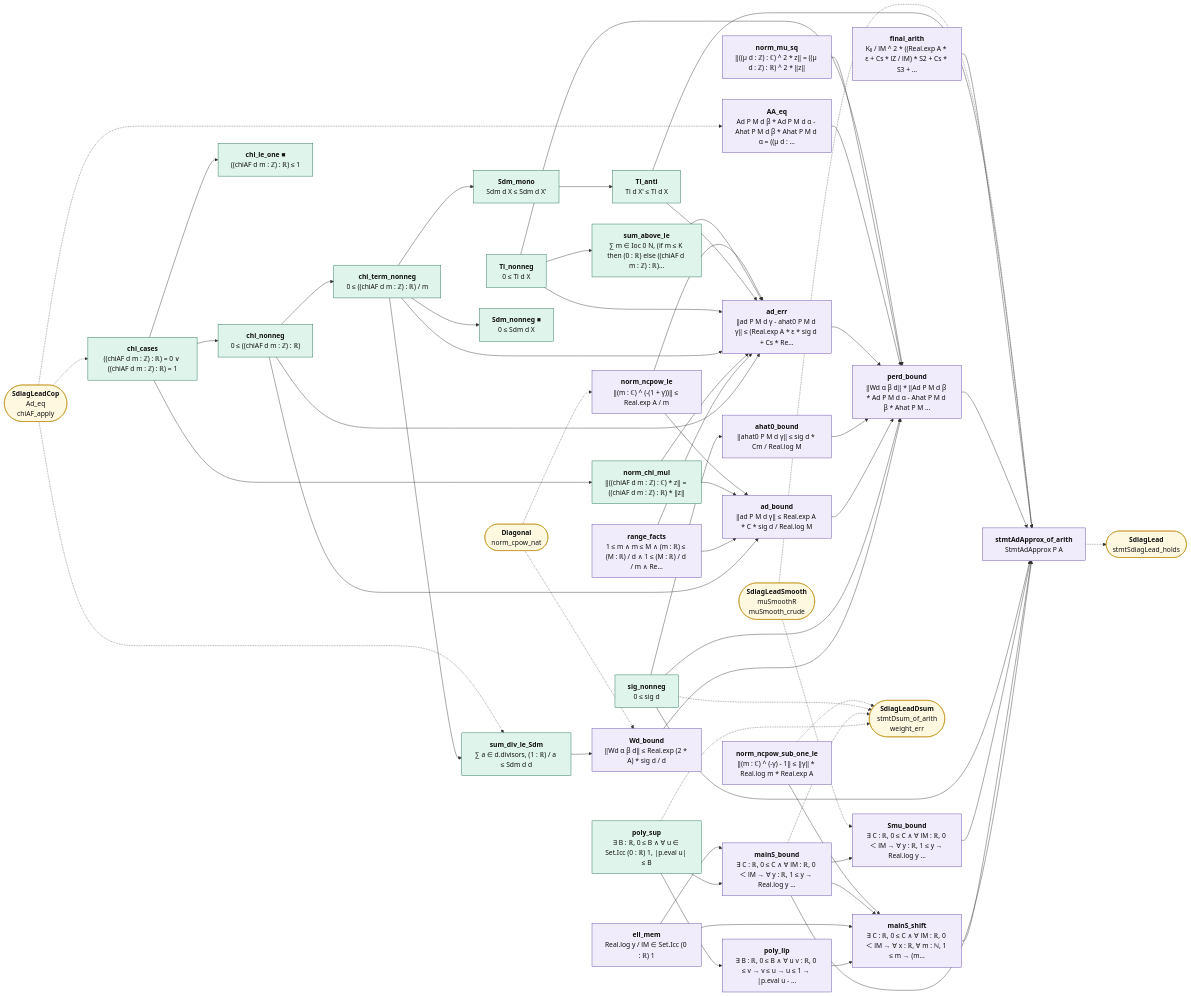
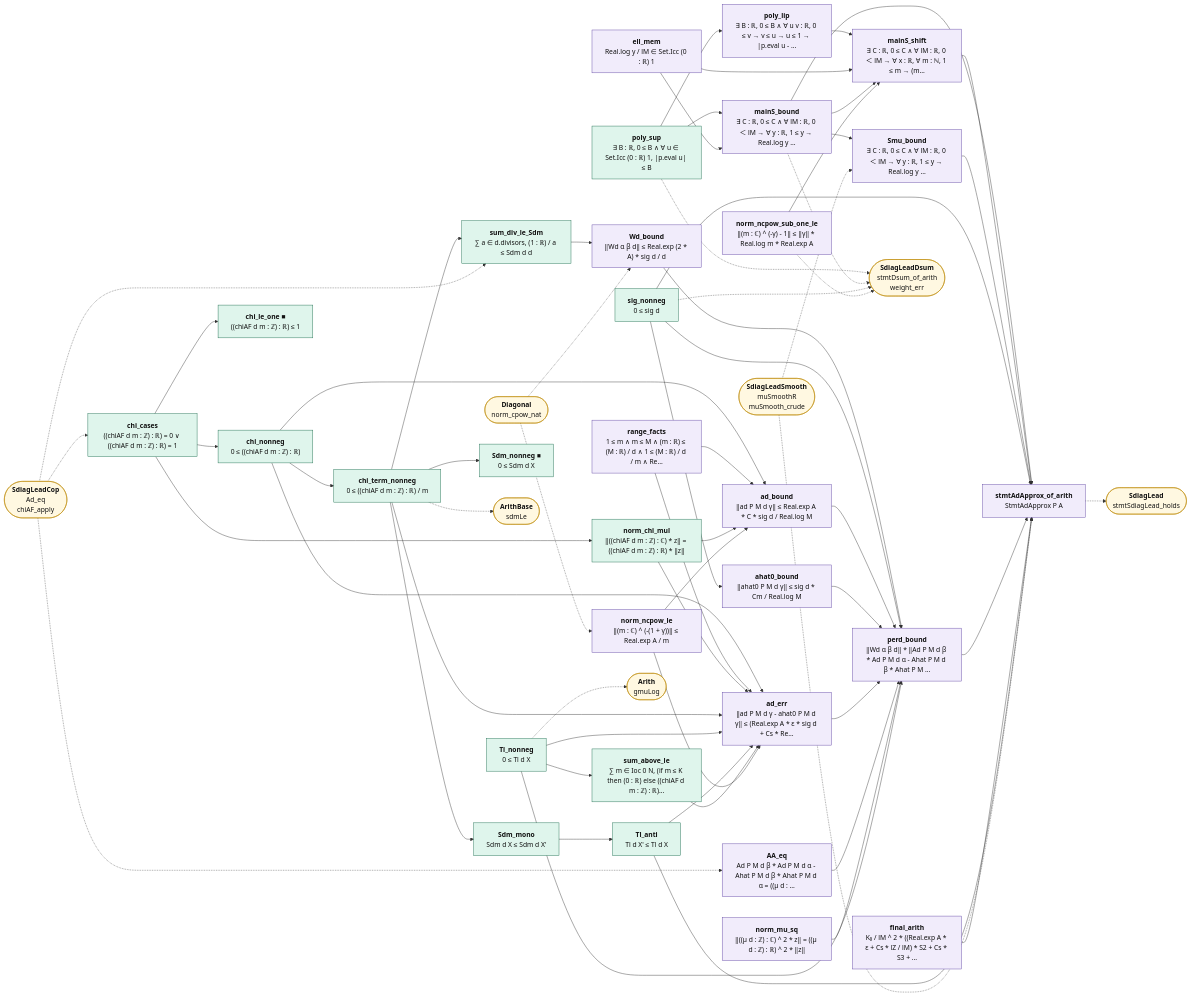
The diagram in map/lean_stage3/SdiagLeadAd.mmd (juliansambranojr/Primebeat_081426), drawn with Mermaid before and after one commit. The commit also changed 36 other files, not shown here.

```diff
--- a/map/lean_stage3/SdiagLeadAd.mmd
+++ b/map/lean_stage3/SdiagLeadAd.mmd
@@ -1,102 +1,106 @@
 flowchart LR
   n0["<b>chi_cases</b><br/>((chiAF d m : ℤ) : ℝ) = 0 ∨ ((chiAF d m : ℤ) : ℝ) = 1"]:::cnt
   n1["<b>chi_nonneg</b><br/>0 ≤ ((chiAF d m : ℤ) : ℝ)"]:::cnt
   n2["<b>chi_le_one ■</b><br/>((chiAF d m : ℤ) : ℝ) ≤ 1"]:::cnt
   n3["<b>chi_term_nonneg</b><br/>0 ≤ ((chiAF d m : ℤ) : ℝ) / m"]:::cnt
   n4["<b>Sdm_mono</b><br/>Sdm d X ≤ Sdm d X'"]:::cnt
   n5["<b>Tl_nonneg</b><br/>0 ≤ Tl d X"]:::cnt
   n6["<b>Tl_anti</b><br/>Tl d X' ≤ Tl d X"]:::cnt
   n7["<b>sum_above_le</b><br/>∑ m ∈ Ioc 0 N, (if m ≤ K then (0 : ℝ) else ((chiAF d m : ℤ) : ℝ)…"]:::cnt
   n8["<b>norm_ncpow_le</b><br/>‖(m : ℂ) ^ (-(1 + γ))‖ ≤ Real.exp A / m"]:::shp
   n9["<b>norm_ncpow_sub_one_le</b><br/>‖(m : ℂ) ^ (-γ) - 1‖ ≤ ‖γ‖ * Real.log m * Real.exp A"]:::shp
   n10["<b>poly_sup</b><br/>∃ B : ℝ, 0 ≤ B ∧ ∀ u ∈ Set.Icc (0 : ℝ) 1, |p.eval u| ≤ B"]:::cnt
   n11["<b>poly_lip</b><br/>∃ B : ℝ, 0 ≤ B ∧ ∀ u v : ℝ, 0 ≤ v → v ≤ u → u ≤ 1 → |p.eval u - …"]:::shp
   n12["<b>ell_mem</b><br/>Real.log y / lM ∈ Set.Icc (0 : ℝ) 1"]:::shp
   n13["<b>mainS_bound</b><br/>∃ C : ℝ, 0 ≤ C ∧ ∀ lM : ℝ, 0 ＜ lM → ∀ y : ℝ, 1 ≤ y → Real.log y …"]:::shp
   n14["<b>mainS_shift</b><br/>∃ C : ℝ, 0 ≤ C ∧ ∀ lM : ℝ, 0 ＜ lM → ∀ x : ℝ, ∀ m : ℕ, 1 ≤ m → (m…"]:::shp
   n15["<b>Smu_bound</b><br/>∃ C : ℝ, 0 ≤ C ∧ ∀ lM : ℝ, 0 ＜ lM → ∀ y : ℝ, 1 ≤ y → Real.log y …"]:::shp
   n16["<b>sum_div_le_Sdm</b><br/>∑ a ∈ d.divisors, (1 : ℝ) / a ≤ Sdm d d"]:::cnt
   n17["<b>Wd_bound</b><br/>‖Wd α β d‖ ≤ Real.exp (2 * A) * sig d / d"]:::shp
   n18["<b>sig_nonneg</b><br/>0 ≤ sig d"]:::cnt
   n19["<b>Sdm_nonneg ■</b><br/>0 ≤ Sdm d X"]:::cnt
   n20["<b>range_facts</b><br/>1 ≤ m ∧ m ≤ M ∧ (m : ℝ) ≤ (M : ℝ) / d ∧ 1 ≤ (M : ℝ) / d / m ∧ Re…"]:::shp
   n21["<b>norm_chi_mul</b><br/>‖((chiAF d m : ℤ) : ℂ) * z‖ = ((chiAF d m : ℤ) : ℝ) * ‖z‖"]:::cnt
   n22["<b>ad_bound</b><br/>‖ad P M d γ‖ ≤ Real.exp A * C * sig d / Real.log M"]:::shp
   n23["<b>ahat0_bound</b><br/>‖ahat0 P M d γ‖ ≤ sig d * Cm / Real.log M"]:::shp
   n24["<b>ad_err</b><br/>‖ad P M d γ - ahat0 P M d γ‖ ≤ (Real.exp A * ε * sig d + Cs * Re…"]:::shp
   n25["<b>AA_eq</b><br/>Ad P M d β * Ad P M d α - Ahat P M d β * Ahat P M d α = ((μ d : …"]:::shp
   n26["<b>norm_mu_sq</b><br/>‖((μ d : ℤ) : ℂ) ^ 2 * z‖ = ((μ d : ℤ) : ℝ) ^ 2 * ‖z‖"]:::shp
   n27["<b>perd_bound</b><br/>‖Wd α β d‖ * ‖Ad P M d β * Ad P M d α - Ahat P M d β * Ahat P M …"]:::shp
   n28["<b>final_arith</b><br/>K₀ / lM ^ 2 * ((Real.exp A * ε + Cs * lZ / lM) * S2 + Cs * S3 + …"]:::shp
   n29["<b>stmtAdApprox_of_arith</b><br/>StmtAdApprox P A"]:::shp
   x0(["<b>SdiagLeadCop</b><br/>Ad_eq<br/>chiAF_apply"]):::ext
-  x1(["<b>Diagonal</b><br/>norm_cpow_nat"]):::ext
-  x2(["<b>SdiagLeadDsum</b><br/>stmtDsum_of_arith<br/>weight_err"]):::ext
-  x3(["<b>SdiagLeadSmooth</b><br/>muSmoothR<br/>muSmooth_crude"]):::ext
-  x4(["<b>SdiagLead</b><br/>stmtSdiagLead_holds"]):::ext
+  x1(["<b>ArithBase</b><br/>sdmLe"]):::ext
+  x2(["<b>Arith</b><br/>gmuLog"]):::ext
+  x3(["<b>Diagonal</b><br/>norm_cpow_nat"]):::ext
+  x4(["<b>SdiagLeadDsum</b><br/>stmtDsum_of_arith<br/>weight_err"]):::ext
+  x5(["<b>SdiagLeadSmooth</b><br/>muSmoothR<br/>muSmooth_crude"]):::ext
+  x6(["<b>SdiagLead</b><br/>stmtSdiagLead_holds"]):::ext
   n0 --> n1
   n0 --> n2
   n0 --> n21
   n1 --> n22
   n1 --> n24
   n1 --> n3
   n10 --> n11
   n10 --> n13
   n11 --> n14
   n12 --> n13
   n12 --> n14
   n13 --> n14
   n13 --> n15
   n13 --> n29
   n14 --> n29
   n15 --> n29
   n16 --> n17
   n17 --> n27
   n18 --> n23
   n18 --> n27
   n18 --> n29
   n20 --> n22
   n20 --> n24
   n21 --> n22
   n21 --> n24
   n22 --> n27
   n23 --> n27
   n24 --> n27
   n25 --> n27
   n26 --> n27
   n27 --> n29
   n28 --> n29
   n3 --> n16
   n3 --> n19
   n3 --> n24
   n3 --> n4
   n4 --> n6
   n5 --> n24
   n5 --> n27
   n5 --> n7
   n6 --> n24
   n6 --> n29
   n7 --> n24
   n8 --> n22
   n8 --> n24
   n9 --> n14
-  n10 -.-> x2
-  n13 -.-> x2
-  n18 -.-> x2
-  n29 -.-> x4
-  n9 -.-> x2
+  n10 -.-> x4
+  n13 -.-> x4
+  n18 -.-> x4
+  n29 -.-> x6
+  n3 -.-> x1
+  n5 -.-> x2
+  n9 -.-> x4
   x0 -.-> n0
   x0 -.-> n16
   x0 -.-> n25
-  x1 -.-> n17
-  x1 -.-> n8
-  x3 -.-> n15
-  x3 -.-> n29
+  x3 -.-> n17
+  x3 -.-> n8
+  x5 -.-> n15
+  x5 -.-> n29
   classDef cnt fill:#dff5ec,stroke:#17694a,color:#111
   classDef shp fill:#f1ecfb,stroke:#5b3fa0,color:#111
   classDef rh fill:#ffe5e5,stroke:#c22,color:#111,stroke-width:2px
   classDef thm fill:#eef4ff,stroke:#335,color:#111
   classDef end_ fill:#e7f7e7,stroke:#2a7,color:#111,stroke-width:2px
   classDef lone fill:#fff,stroke:#999,color:#111,stroke-dasharray:4 3
   classDef bad fill:#ffe5e5,stroke:#c22,color:#111,stroke-width:2px
   classDef ext fill:#fff8e1,stroke:#b80,color:#111
```
